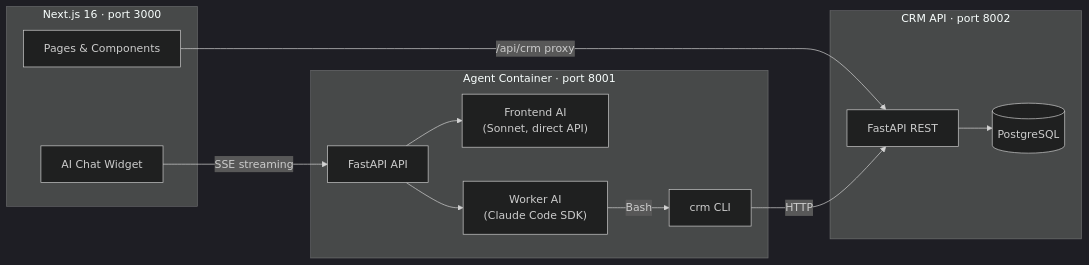
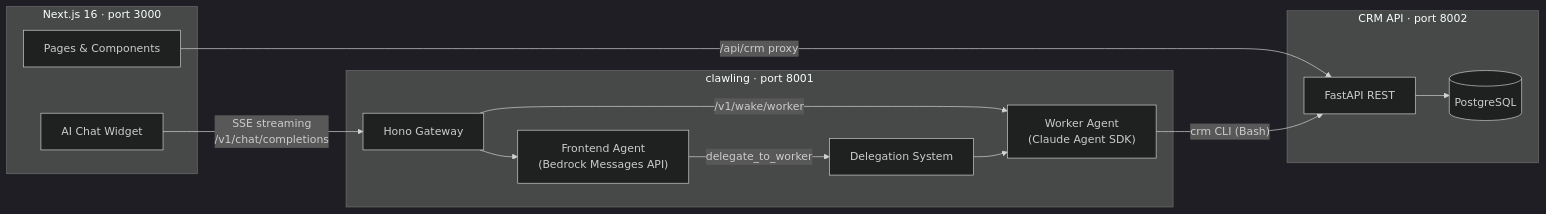
One commit to yoniLavi/lette-hackathon-inbox-triage changed the diagram in README.md. Above: the diagram before and after it, drawn with Mermaid (dark theme). The commit also changed other lines of this file and 42 other files, not shown here.

First line of the commit message:
Replace Python agent with clawling TypeScript framework

````diff
--- a/README.md
+++ b/README.md
@@ -20,27 +20,28 @@
 ```mermaid
 graph LR
     subgraph Frontend["Next.js 16 · port 3000"]
         UI[Pages & Components]
         Chat[AI Chat Widget]
     end
 
-    subgraph Agent["Agent Container · port 8001"]
-        API[FastAPI API]
-        FrontendAI["Frontend AI\n(Sonnet, direct API)"]
-        Worker["Worker AI\n(Claude Code SDK)"]
-        CLI[crm CLI]
+    subgraph Clawling["clawling · port 8001"]
+        GW[Hono Gateway]
+        FrontendAI["Frontend Agent\n(Bedrock Messages API)"]
+        Worker["Worker Agent\n(Claude Agent SDK)"]
+        Deleg[Delegation System]
     end
 
     subgraph CRM["CRM API · port 8002"]
         REST[FastAPI REST]
         DB[(PostgreSQL)]
     end
 
-    Chat -->|SSE streaming| API
+    Chat -->|"SSE streaming\n/v1/chat/completions"| GW
     UI -->|/api/crm proxy| REST
-    API --> FrontendAI
-    API --> Worker
-    Worker -->|Bash| CLI
-    CLI -->|HTTP| REST
+    GW --> FrontendAI
+    GW -->|"/v1/wake/worker"| Worker
+    FrontendAI -->|delegate_to_worker| Deleg
+    Deleg --> Worker
+    Worker -->|"crm CLI (Bash)"| REST
     REST --> DB
 ```
````
